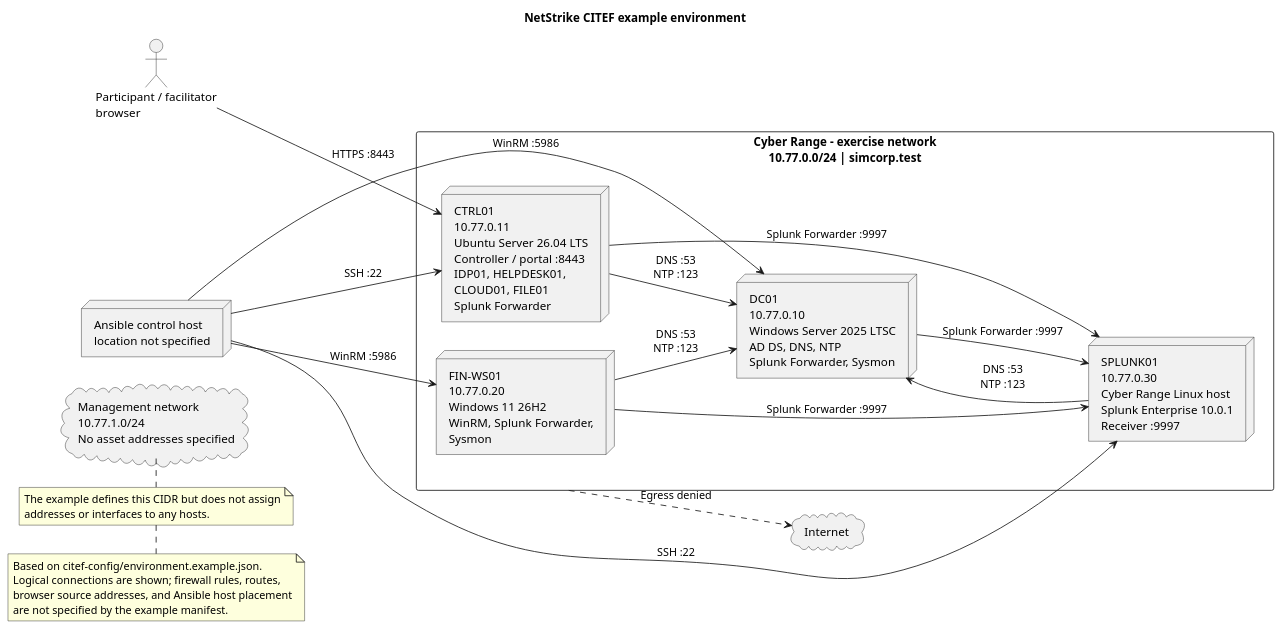
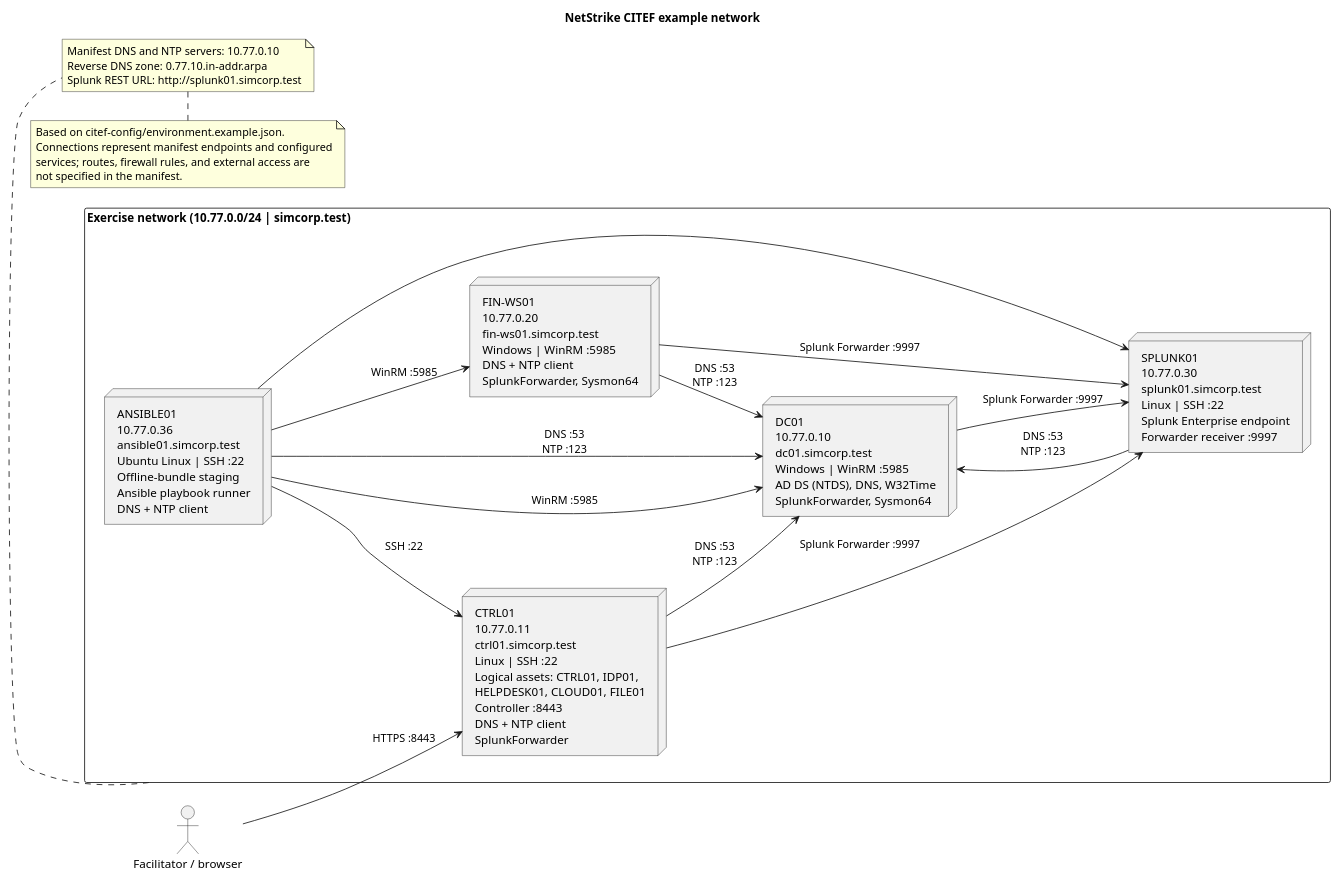
One commit to Netstrike-development-team/NetStrike_Capstone_17 changed the diagram in docs/network-diagram.puml. Above: the diagram before and after it, drawn with PlantUML. The commit also changed 13 other files, not shown here.

Commit message:
feat: add ansible host

```diff
--- a/docs/network-diagram.puml
+++ b/docs/network-diagram.puml
@@ -1,39 +1,46 @@
 @startuml
-title NetStrike CITEF example environment
+title NetStrike CITEF example network
 left to right direction
 skinparam componentStyle rectangle
 skinparam packageStyle rectangle
+skinparam packageTitleAlignment left
 skinparam shadowing false
-actor "Participant / facilitator\nbrowser" as Browser
-cloud "Internet" as Internet
-node "Ansible control host\nlocation not specified" as Ansible
-package "Cyber Range - exercise network\n10.77.0.0/24 | simcorp.test" as Exercise {
-  node "DC01\n10.77.0.10\nWindows Server 2025 LTSC\nAD DS, DNS, NTP\nSplunk Forwarder, Sysmon" as DC
-  node "CTRL01\n10.77.0.11\nUbuntu Server 26.04 LTS\nController / portal :8443\nIDP01, HELPDESK01,\nCLOUD01, FILE01\nSplunk Forwarder" as CTRL
-  node "FIN-WS01\n10.77.0.20\nWindows 11 26H2\nWinRM, Splunk Forwarder,\nSysmon" as WS
-  node "SPLUNK01\n10.77.0.30\nCyber Range Linux host\nSplunk Enterprise 10.0.1\nReceiver :9997" as SPLUNK
+
+actor "Facilitator / browser" as Browser
+
+package "Exercise network (10.77.0.0/24 | simcorp.test)" as Exercise {
+  node "ANSIBLE01\n10.77.0.36\nansible01.simcorp.test\nUbuntu Linux | SSH :22\nOffline-bundle staging\nAnsible playbook runner\nDNS + NTP client" as Ansible
+  node "CTRL01\n10.77.0.11\nctrl01.simcorp.test\nLinux | SSH :22\nLogical assets: CTRL01, IDP01,\nHELPDESK01, CLOUD01, FILE01\nController :8443\nDNS + NTP client\nSplunkForwarder" as CTRL
+  node "DC01\n10.77.0.10\ndc01.simcorp.test\nWindows | WinRM :5985\nAD DS (NTDS), DNS, W32Time\nSplunkForwarder, Sysmon64" as DC
+  node "FIN-WS01\n10.77.0.20\nfin-ws01.simcorp.test\nWindows | WinRM :5985\nDNS + NTP client\nSplunkForwarder, Sysmon64" as WS
+  node "SPLUNK01\n10.77.0.30\nsplunk01.simcorp.test\nLinux | SSH :22\nSplunk Enterprise endpoint\nForwarder receiver :9997" as SPLUNK
 }
-cloud "Management network\n10.77.1.0/24\nNo asset addresses specified" as Management
+
 Browser --> CTRL : HTTPS :8443
-Ansible --> DC : WinRM :5986
-Ansible --> WS : WinRM :5986
 Ansible --> CTRL : SSH :22
-Ansible --> SPLUNK : SSH :22
+Ansible --> DC : WinRM :5985
+Ansible --> WS : WinRM :5985
+Ansible --> SPLUNK
+
 CTRL --> DC : DNS :53\nNTP :123
+Ansible --> DC : DNS :53\nNTP :123
 WS --> DC : DNS :53\nNTP :123
 SPLUNK --> DC : DNS :53\nNTP :123
+
 CTRL --> SPLUNK : Splunk Forwarder :9997
 DC --> SPLUNK : Splunk Forwarder :9997
 WS --> SPLUNK : Splunk Forwarder :9997
-Exercise ..> Internet : Egress denied
-note bottom of Management
-  The example defines this CIDR but does not assign
-  addresses or interfaces to any hosts.
+
+note bottom of Exercise
+  Manifest DNS and NTP servers: 10.77.0.10
+  Reverse DNS zone: 0.77.10.in-addr.arpa
+  Splunk REST URL: http://splunk01.simcorp.test
 end note
+
 note bottom
   Based on citef-config/environment.example.json.
-  Logical connections are shown; firewall rules, routes,
-  browser source addresses, and Ansible host placement
-  are not specified by the example manifest.
+  Connections represent manifest endpoints and configured
+  services; routes, firewall rules, and external access are
+  not specified in the manifest.
 end note
 @enduml
```
